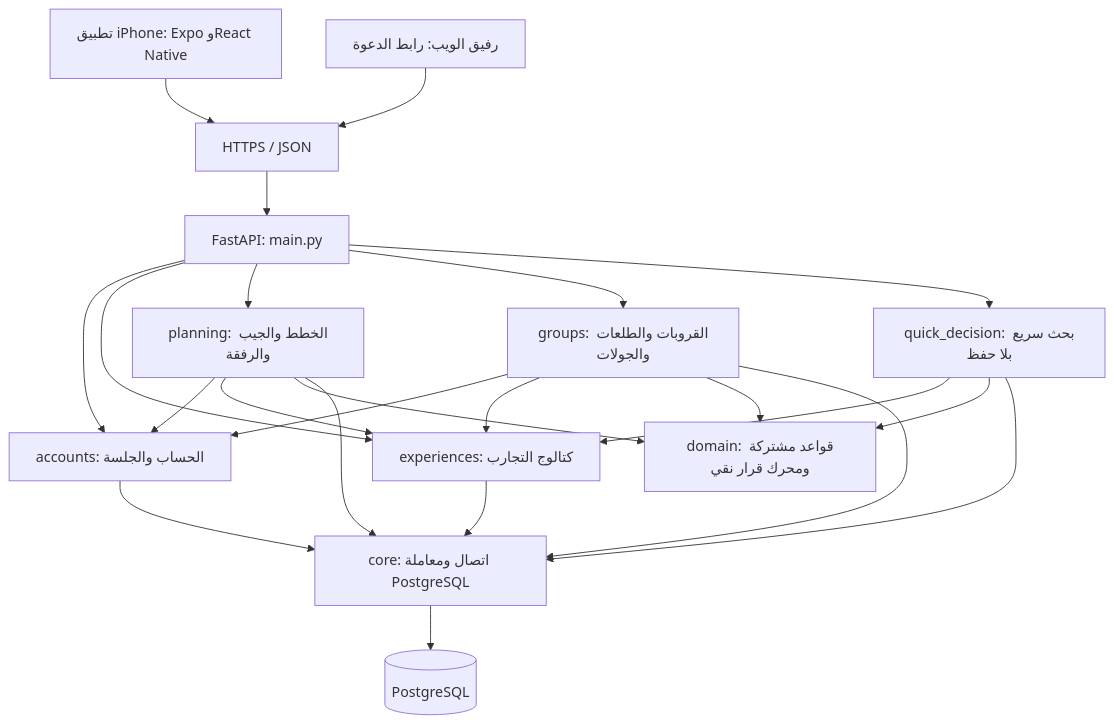
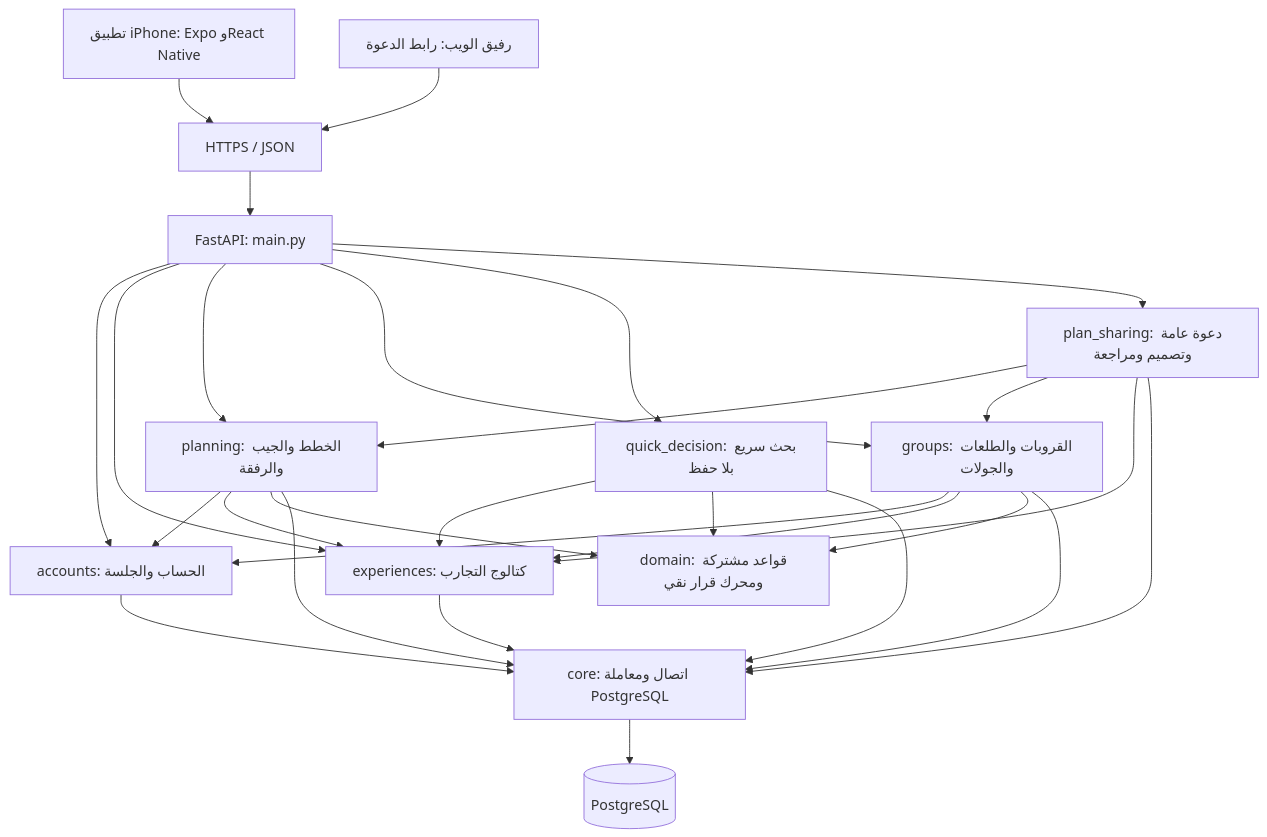
Before and after one commit to shathaaa1110-arch/hatim-app: the first of 2 diagrams in docs/architecture-modules.ar.md, drawn with Mermaid. The commit also changed other lines of this file and 55 other files, not shown here.

````diff
--- a/docs/architecture-modules.ar.md
+++ b/docs/architecture-modules.ar.md
@@ -13,25 +13,30 @@
 ```mermaid
 flowchart TB
     Phone[تطبيق iPhone: Expo وReact Native] --> HTTP[HTTPS / JSON]
     Browser[رفيق الويب: رابط الدعوة] --> HTTP
     HTTP --> Entry[FastAPI: main.py]
     Entry --> Accounts[accounts: الحساب والجلسة]
     Entry --> Experiences[experiences: كتالوج التجارب]
     Entry --> Planning[planning: الخطط والجيب والرفقة]
     Entry --> Groups[groups: القروبات والطلعات والجولات]
     Entry --> Quick[quick_decision: بحث سريع بلا حفظ]
+    Entry --> Sharing[plan_sharing: دعوة عامة وتصميم ومراجعة]
+    Sharing --> Planning
+    Sharing --> Groups
+    Sharing --> Experiences
+    Sharing --> Core
     Quick --> Experiences
     Quick --> Domain
     Quick --> Core
     Planning --> Accounts
     Groups --> Accounts
     Planning --> Experiences
     Groups --> Experiences
     Planning --> Domain[domain: قواعد مشتركة ومحرك قرار نقي]
     Groups --> Domain
     Accounts --> Core[core: اتصال ومعاملة PostgreSQL]
     Experiences --> Core
     Planning --> Core
     Groups --> Core
     Core --> DB[(PostgreSQL)]
 ```
````
